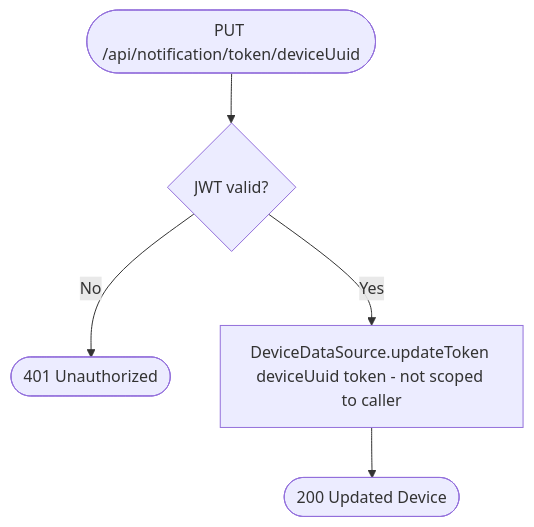
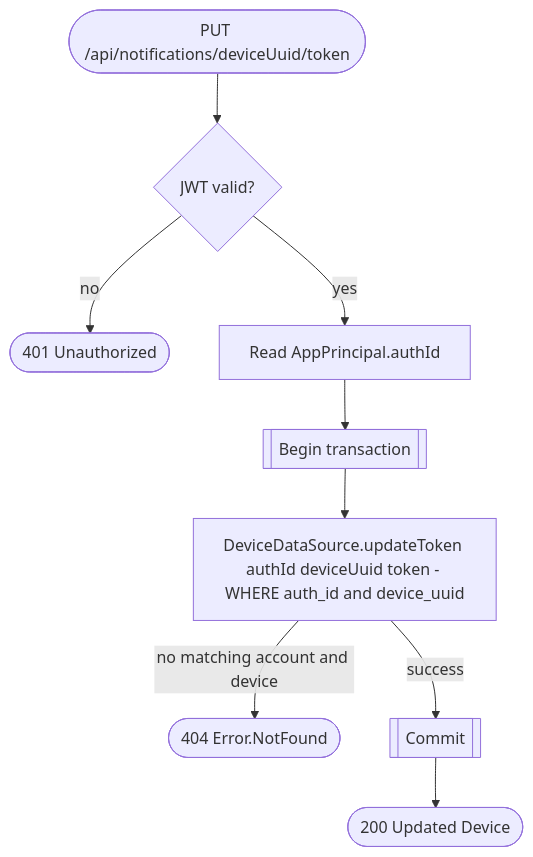
One commit to nocturneproperties/bookkme changed the diagram in docs/operations/notifications/update-push-token.md. Above: the diagram before and after it, drawn with Mermaid. The commit also changed other lines of this file and 51 other files, not shown here.

````diff
--- a/docs/operations/notifications/update-push-token.md
+++ b/docs/operations/notifications/update-push-token.md
@@ -9,7 +7,11 @@
 ```mermaid
 flowchart TD
-    Start([PUT /api/notification/token/deviceUuid]) --> Auth{JWT valid?}
-    Auth -- No --> R401([401 Unauthorized])
-    Auth -- Yes --> Update[DeviceDataSource.updateToken deviceUuid token - not scoped to caller]
-    Update --> R200([200 Updated Device])
+    Start([PUT /api/notifications/deviceUuid/token]) --> Auth{JWT valid?}
+    Auth -- no --> R401([401 Unauthorized])
+    Auth -- yes --> Caller[Read AppPrincipal.authId]
+    Caller --> Tx[[Begin transaction]]
+    Tx --> Update["DeviceDataSource.updateToken authId deviceUuid token - WHERE auth_id and device_uuid"]
+    Update -- no matching account and device --> R404([404 Error.NotFound])
+    Update -- success --> Commit[[Commit]]
+    Commit --> R200([200 Updated Device])
 ```
````
